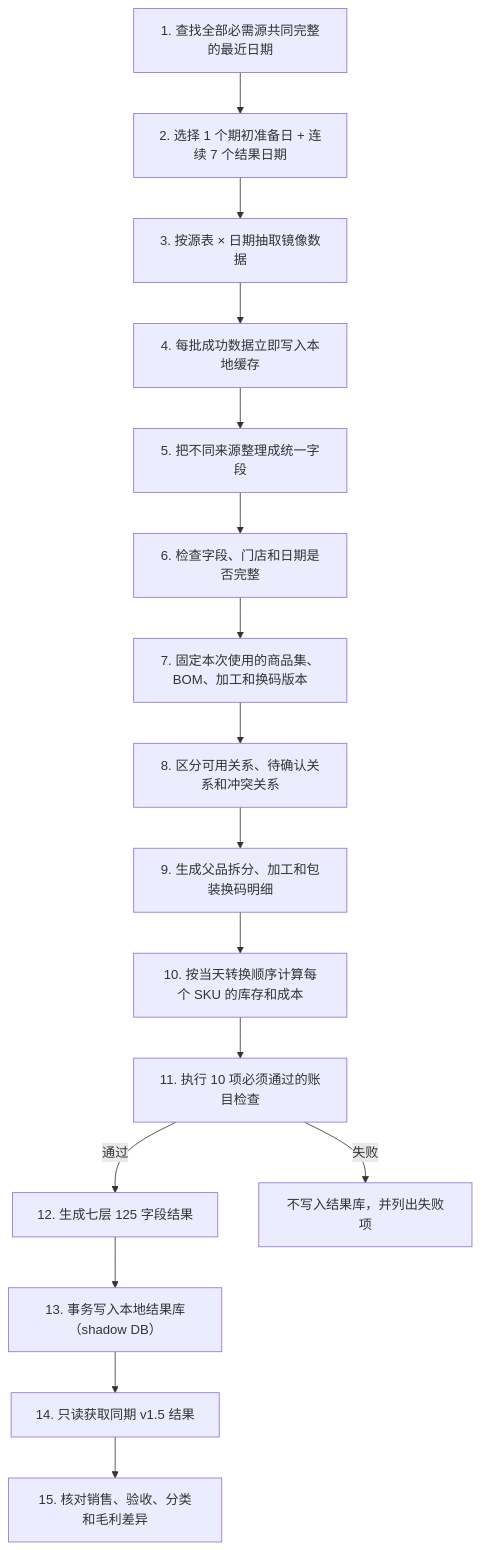
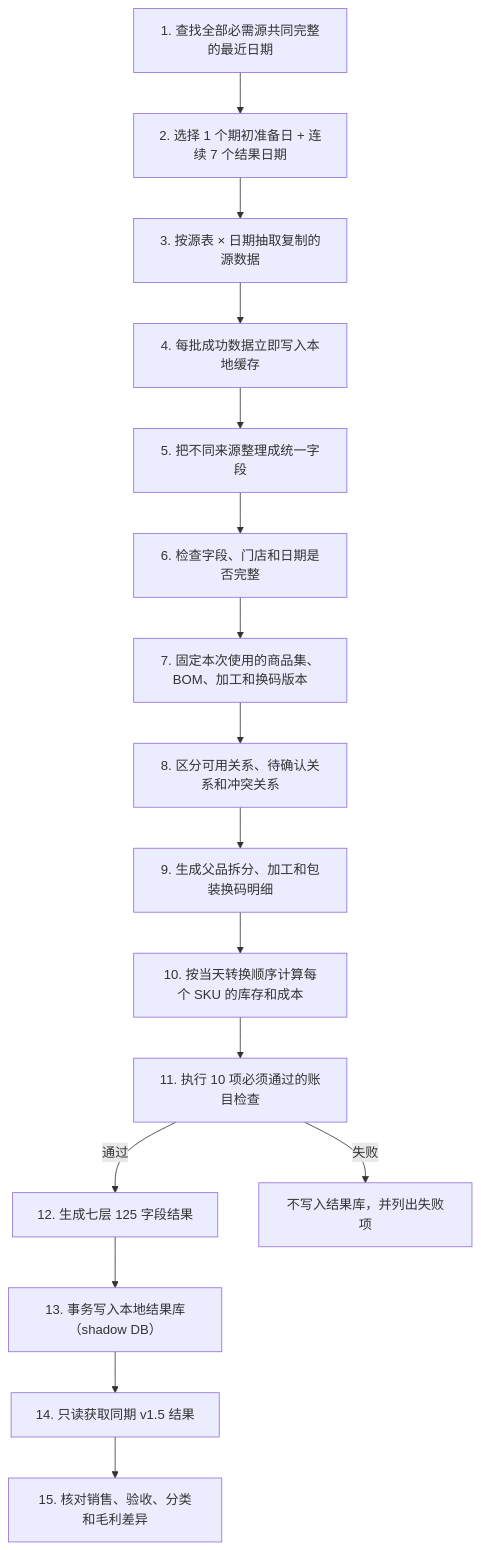
Before and after one commit to kate636/cuihua-data: the second of 8 diagrams in fmetl/README.md, drawn with Mermaid. The commit also changed other lines of this file and 42 other files, not shown here.

````diff
--- a/fmetl/README.md
+++ b/fmetl/README.md
@@ -153,18 +153,18 @@
 ```mermaid
 flowchart TB
     A["1. 查找全部必需源共同完整的最近日期"] --> B["2. 选择 1 个期初准备日 + 连续 7 个结果日期"]
-    B --> C["3. 按源表 × 日期抽取镜像数据"]
+    B --> C["3. 按源表 × 日期抽取复制的源数据"]
     C --> D["4. 每批成功数据立即写入本地缓存"]
     D --> E["5. 把不同来源整理成统一字段"]
     E --> F["6. 检查字段、门店和日期是否完整"]
     F --> G["7. 固定本次使用的商品集、BOM、加工和换码版本"]
     G --> H["8. 区分可用关系、待确认关系和冲突关系"]
     H --> I["9. 生成父品拆分、加工和包装换码明细"]
     I --> J["10. 按当天转换顺序计算每个 SKU 的库存和成本"]
     J --> K["11. 执行 10 项必须通过的账目检查"]
     K -->|通过| L["12. 生成七层 125 字段结果"]
     K -->|失败| X["不写入结果库，并列出失败项"]
     L --> M["13. 事务写入本地结果库（shadow DB）"]
     M --> N["14. 只读获取同期 v1.5 结果"]
     N --> O["15. 核对销售、验收、分类和毛利差异"]
 ```
````
